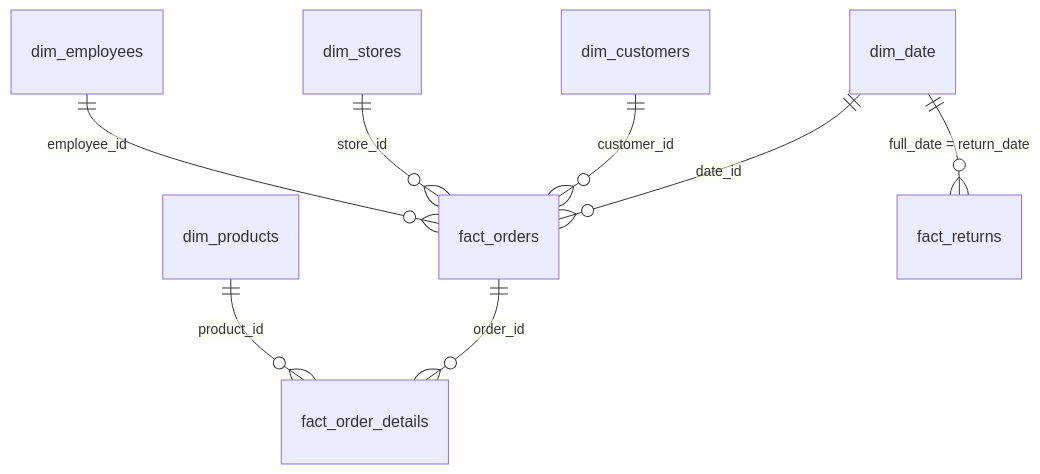
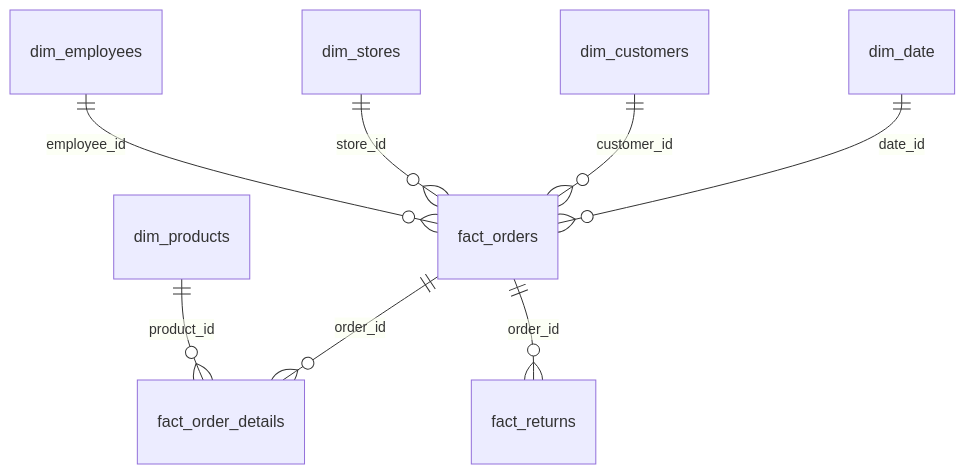
Before and after one commit to Vin-Okumu/lotus-group-retail-analytics: the diagram in 02_documentation/data_model.md, drawn with Mermaid. The commit also changed other lines of this file and 7 other files, not shown here.

````diff
--- a/02_documentation/data_model.md
+++ b/02_documentation/data_model.md
@@ -49,10 +59,10 @@
 ```mermaid
 erDiagram
     dim_date      ||--o{ fact_orders        : "date_id"
     dim_customers ||--o{ fact_orders        : "customer_id"
     dim_stores    ||--o{ fact_orders        : "store_id"
     dim_employees ||--o{ fact_orders        : "employee_id"
     fact_orders   ||--o{ fact_order_details : "order_id"
     dim_products  ||--o{ fact_order_details : "product_id"
-    dim_date      ||--o{ fact_returns       : "full_date = return_date"
+    fact_orders   ||--o{ fact_returns       : "order_id"
 ```
````
